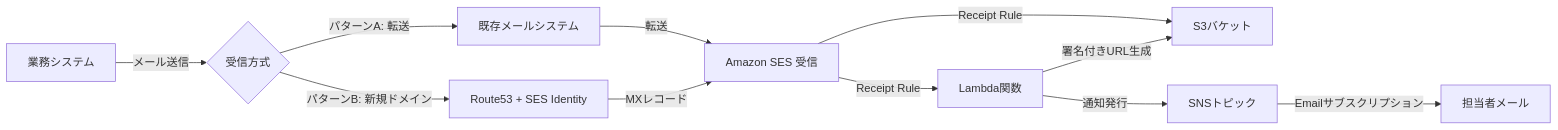
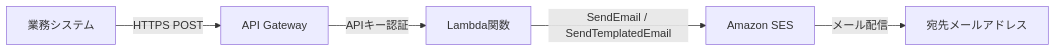
One commit to kenNagayama/ses-setup-sample changed the diagram in README.md. Above: the diagram before and after it, drawn with Mermaid. The commit also changed other lines of this file and 15 other files, not shown here.

````diff
--- a/README.md
+++ b/README.md
@@ -7,13 +7,7 @@
 ```mermaid
 flowchart LR
-    A[業務システム] -->|メール送信| B{受信方式}
-    B -->|パターンA: 転送| C[既存メールシステム]
-    B -->|パターンB: 新規ドメイン| D[Route53 + SES Identity]
-    C -->|転送| E[Amazon SES 受信]
-    D -->|MXレコード| E
-    E -->|Receipt Rule| F[S3バケット]
-    E -->|Receipt Rule| G[Lambda関数]
-    G -->|署名付きURL生成| F
-    G -->|通知発行| H[SNSトピック]
-    H -->|Emailサブスクリプション| I[担当者メール]
+    A[業務システム] -->|HTTPS POST| B[API Gateway]
+    B -->|APIキー認証| C[Lambda関数]
+    C -->|SendEmail / SendTemplatedEmail| D[Amazon SES]
+    D -->|メール配信| E[宛先メールアドレス]
 ```
````
